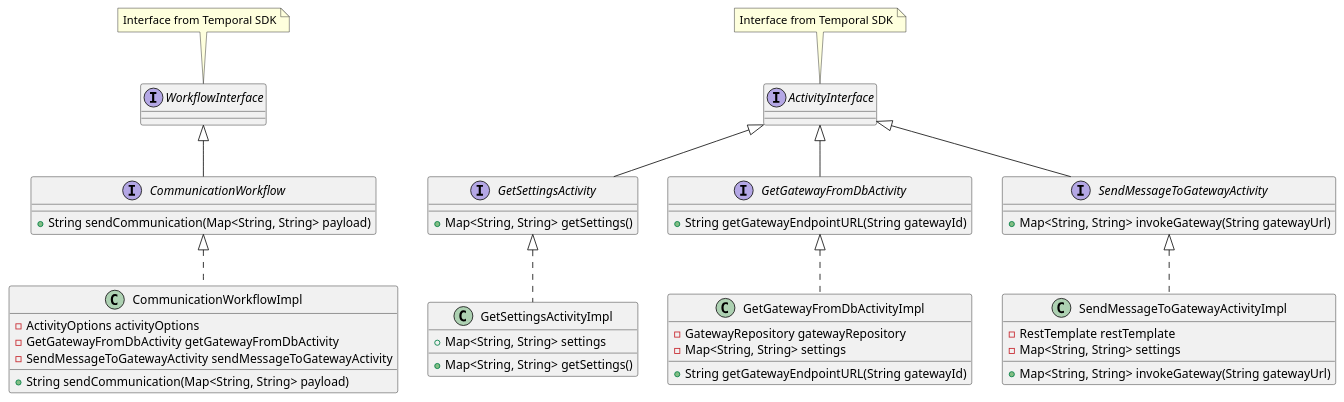
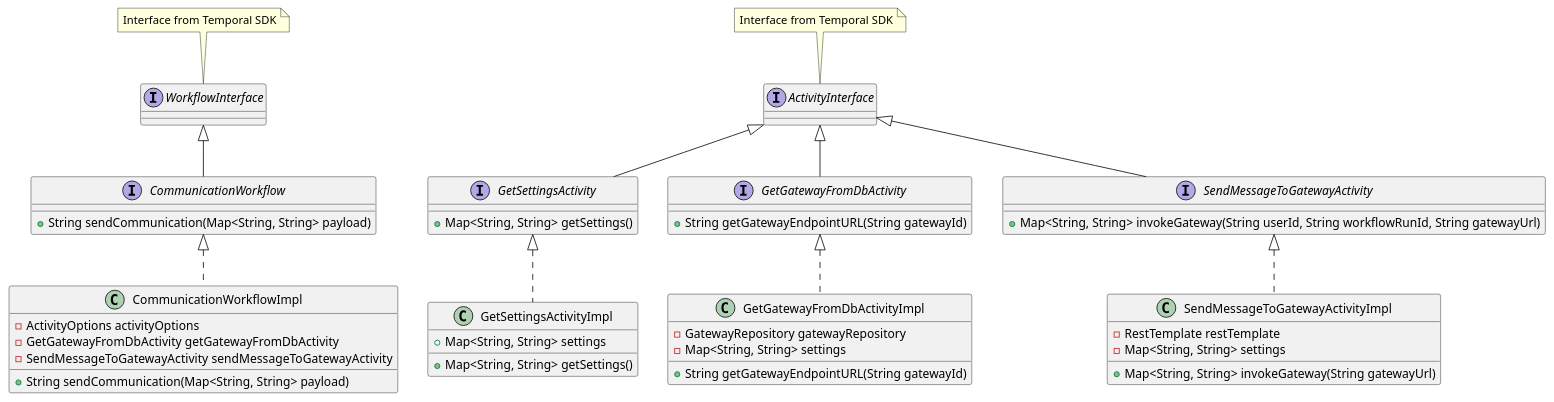
Before and after one commit to CameronWard301/communication_scheduler: the diagram in Designs/System Context/Components/CommunicationWorkflowClassDiagram.puml, drawn with PlantUML. The commit also changed 6 other files, not shown here.

Commit message:
Update/worfklow activity diagrams

```diff
--- a/Designs/System Context/Components/CommunicationWorkflowClassDiagram.puml
+++ b/Designs/System Context/Components/CommunicationWorkflowClassDiagram.puml
@@ -1,62 +1,62 @@
 @startuml WorkflowClassDiagram
 
 interface WorkflowInterface {
 }
 
 interface ActivityInterface {
 }
 
 note top of WorkflowInterface
     Interface from Temporal SDK
 end note
 
 note top of ActivityInterface
     Interface from Temporal SDK
 end note
 
 
 interface CommunicationWorkflow extends WorkflowInterface {
     + String sendCommunication(Map<String, String> payload)
 }
 
 class CommunicationWorkflowImpl implements CommunicationWorkflow{
     - ActivityOptions activityOptions
     - GetGatewayFromDbActivity getGatewayFromDbActivity
     - SendMessageToGatewayActivity sendMessageToGatewayActivity
     + String sendCommunication(Map<String, String> payload)
 
 }
 
 interface GetSettingsActivity extends ActivityInterface{
     + Map<String, String> getSettings()
 }
 
 class GetSettingsActivityImpl implements GetSettingsActivity {
     + Map<String, String> settings
     + Map<String, String> getSettings()
 }
 
 
 interface GetGatewayFromDbActivity extends ActivityInterface{
     + String getGatewayEndpointURL(String gatewayId)
 }
 
 class GetGatewayFromDbActivityImpl implements GetGatewayFromDbActivity{
     - GatewayRepository gatewayRepository
     - Map<String, String> settings
     + String getGatewayEndpointURL(String gatewayId)
 }
 
 interface SendMessageToGatewayActivity extends ActivityInterface {
-    + Map<String, String> invokeGateway(String gatewayUrl)
+    + Map<String, String> invokeGateway(String userId, String workflowRunId, String gatewayUrl)
 }
 
 class SendMessageToGatewayActivityImpl implements SendMessageToGatewayActivity {
     - RestTemplate restTemplate
     - Map<String, String> settings
     + Map<String, String> invokeGateway(String gatewayUrl)
 }
 
 
 
 @enduml
```
